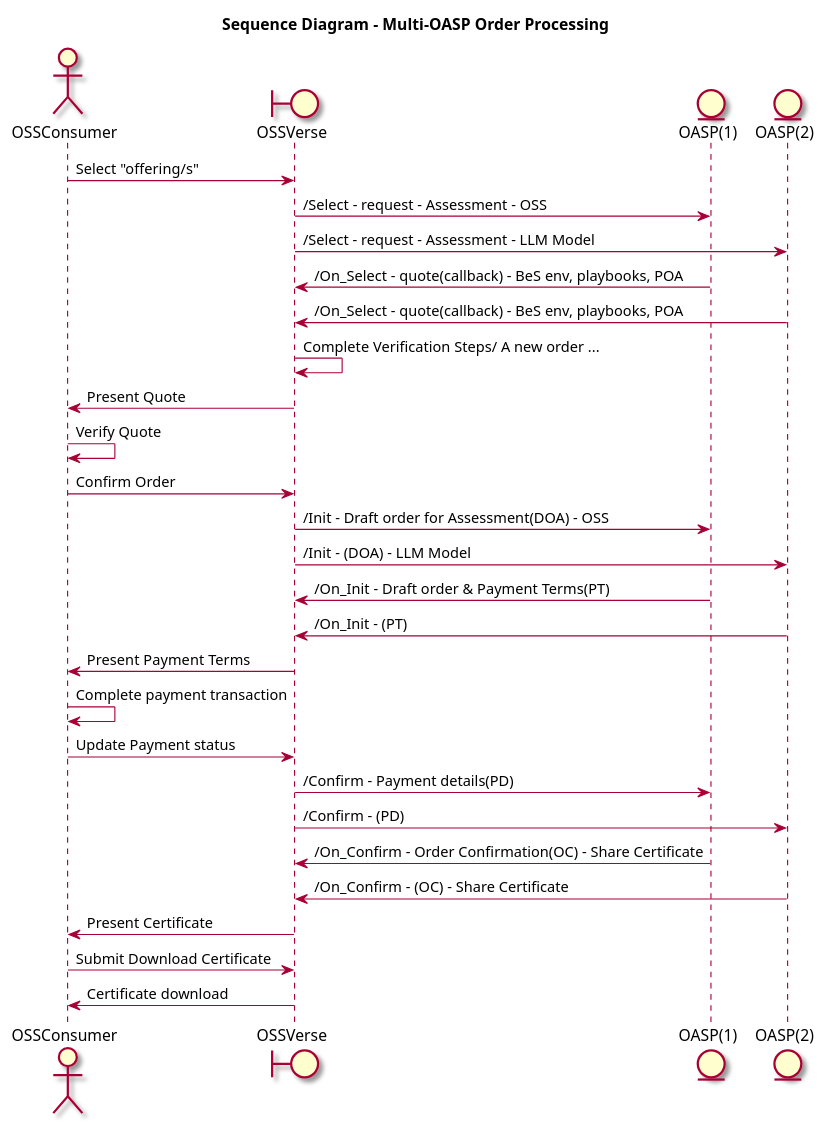
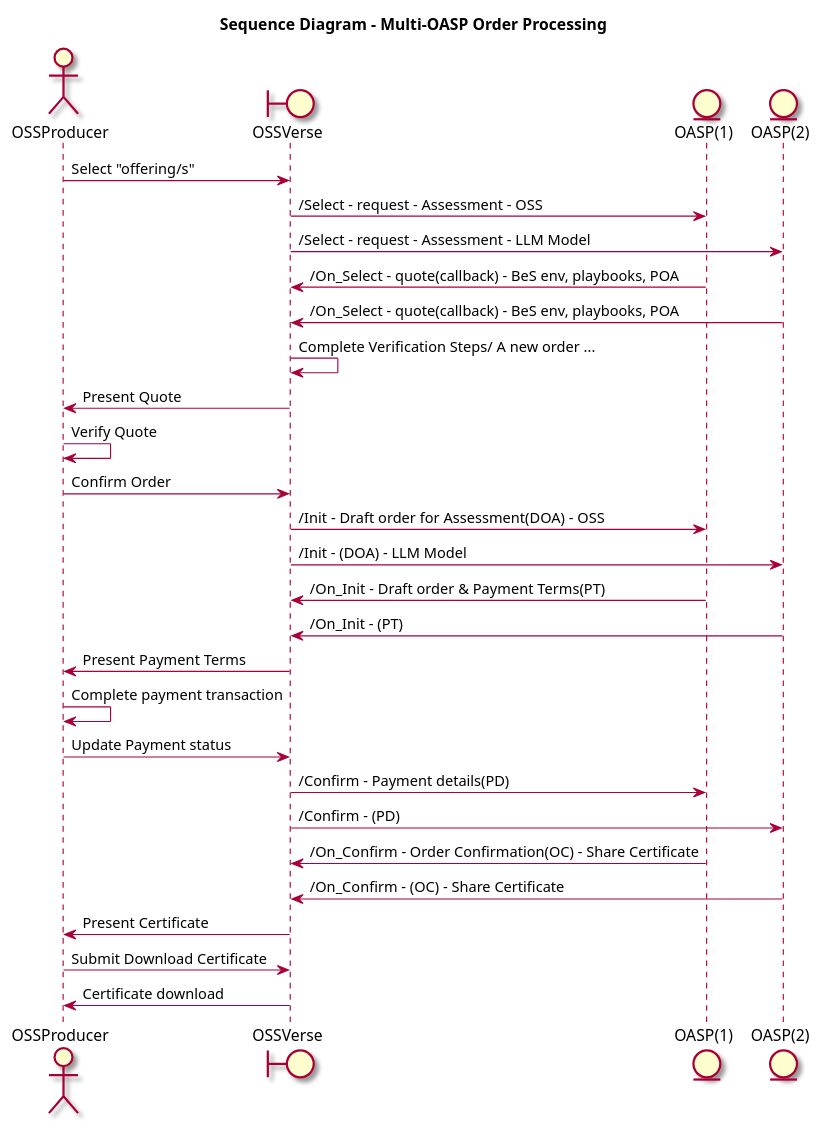
One commit to OSSVerse/OSSVerse changed the diagram in docs/puml/SequenceDiagram_Order_Init.puml. Above: the diagram before and after it, drawn with PlantUML.

Commit message:
SD - order

```diff
--- a/docs/puml/SequenceDiagram_Order_Init.puml
+++ b/docs/puml/SequenceDiagram_Order_Init.puml
@@ -1,49 +1,49 @@
 @startuml
 skin rose
 
 title "Sequence Diagram - Multi-OASP Order Processing"
 
-actor "OSSConsumer" as OSC
+actor "OSSProducer" as OSP
 boundary "OSSVerse" as OSSVerse
 entity "OASP(1)" as OASP1
 entity "OASP(2)" as OASP2
 
 
 
 
-OSC -> OSSVerse : Select "offering/s"
+OSP -> OSSVerse : Select "offering/s"
 
 OSSVerse -> OASP1: /Select - request - Assessment - OSS
 OSSVerse -> OASP2: /Select - request - Assessment - LLM Model
 
 OASP1 -> OSSVerse: /On_Select - quote(callback) - BeS env, playbooks, POA
 OASP2 -> OSSVerse: /On_Select - quote(callback) - BeS env, playbooks, POA
 
 OSSVerse -> OSSVerse: Complete Verification Steps/ A new order ...
-OSSVerse -> OSC: Present Quote
-OSC -> OSC: Verify Quote
-OSC -> OSSVerse: Confirm Order
+OSSVerse -> OSP: Present Quote
+OSP -> OSP: Verify Quote
+OSP -> OSSVerse: Confirm Order
 
 OSSVerse -> OASP1: /Init - Draft order for Assessment(DOA) - OSS
 OSSVerse -> OASP2: /Init - (DOA) - LLM Model
 
 OASP1 -> OSSVerse: /On_Init - Draft order & Payment Terms(PT)
 OASP2 -> OSSVerse: /On_Init - (PT)
 
-OSSVerse -> OSC: Present Payment Terms
-OSC -> OSC: Complete payment transaction
+OSSVerse -> OSP: Present Payment Terms
+OSP -> OSP: Complete payment transaction
 
-OSC -> OSSVerse: Update Payment status
+OSP -> OSSVerse: Update Payment status
 
 
 OSSVerse -> OASP1: /Confirm - Payment details(PD)
 OSSVerse -> OASP2: /Confirm - (PD)
 
 OASP1 -> OSSVerse: /On_Confirm - Order Confirmation(OC) - Share Certificate
 OASP2 -> OSSVerse: /On_Confirm - (OC) - Share Certificate
 
-OSSVerse -> OSC: Present Certificate
-OSC -> OSSVerse:  Submit Download Certificate
-OSSVerse -> OSC: Certificate download
+OSSVerse -> OSP: Present Certificate
+OSP -> OSSVerse:  Submit Download Certificate
+OSSVerse -> OSP: Certificate download
 
 @enduml
```
